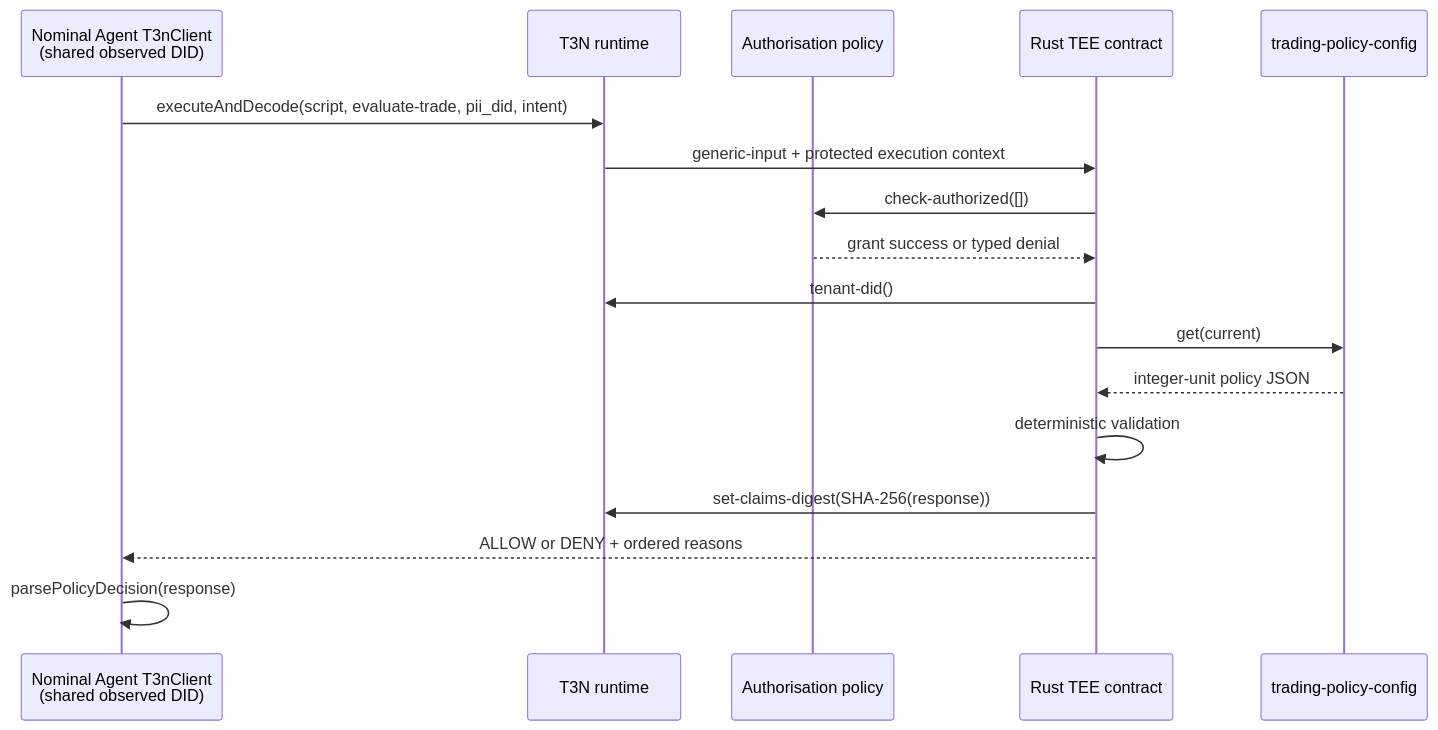
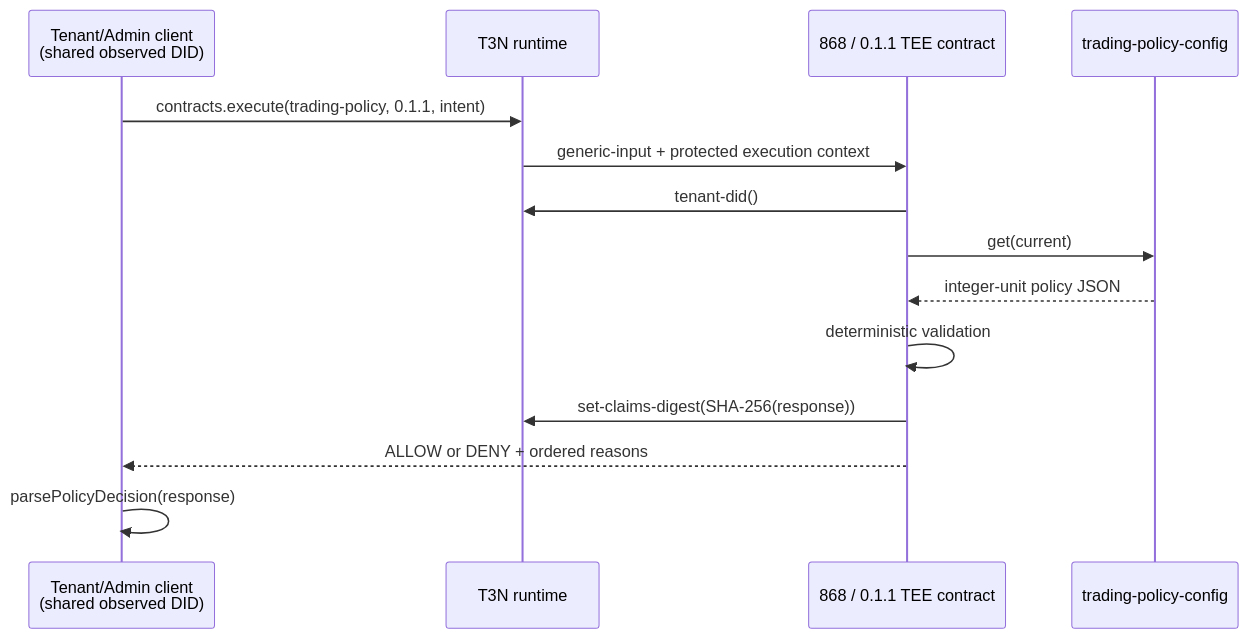
The second of 2 diagrams in docs/ARCHITECTURE.md (zhaofeipeter/secure-trading-policy-agent), drawn with Mermaid before and after one commit. The commit also changed other lines of this file and 18 other files, not shown here.

Commit message:
feat: complete T3N secure trading policy demo

````diff
--- a/docs/ARCHITECTURE.md
+++ b/docs/ARCHITECTURE.md
@@ -54,20 +70,17 @@
 ```mermaid
 sequenceDiagram
-    participant Agent as Nominal Agent T3nClient<br/>(shared observed DID)
+    participant Admin as Tenant/Admin client<br/>(shared observed DID)
     participant T3N as T3N runtime
-    participant Auth as Authorisation policy
-    participant Contract as Rust TEE contract
+    participant Contract as 868 / 0.1.1 TEE contract
     participant KV as trading-policy-config
 
-    Agent->>T3N: executeAndDecode(script, evaluate-trade, pii_did, intent)
+    Admin->>T3N: contracts.execute(trading-policy, 0.1.1, intent)
     T3N->>Contract: generic-input + protected execution context
-    Contract->>Auth: check-authorized([])
-    Auth-->>Contract: grant success or typed denial
     Contract->>T3N: tenant-did()
     Contract->>KV: get(current)
     KV-->>Contract: integer-unit policy JSON
     Contract->>Contract: deterministic validation
     Contract->>T3N: set-claims-digest(SHA-256(response))
-    Contract-->>Agent: ALLOW or DENY + ordered reasons
-    Agent->>Agent: parsePolicyDecision(response)
+    Contract-->>Admin: ALLOW or DENY + ordered reasons
+    Admin->>Admin: parsePolicyDecision(response)
 ```
````
